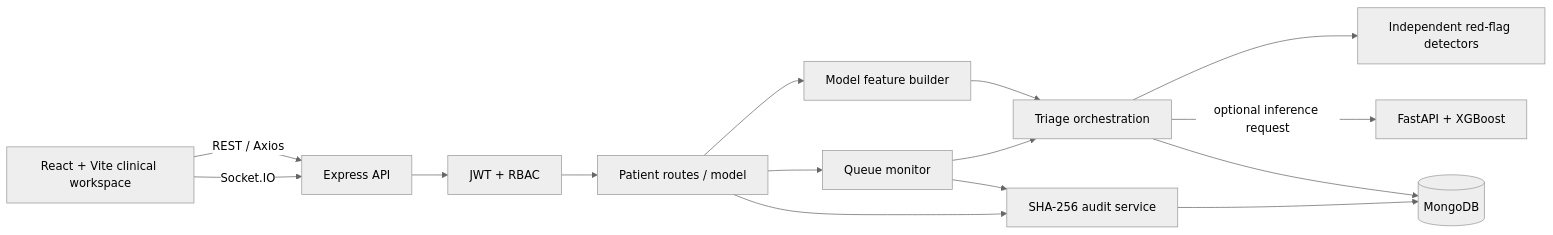
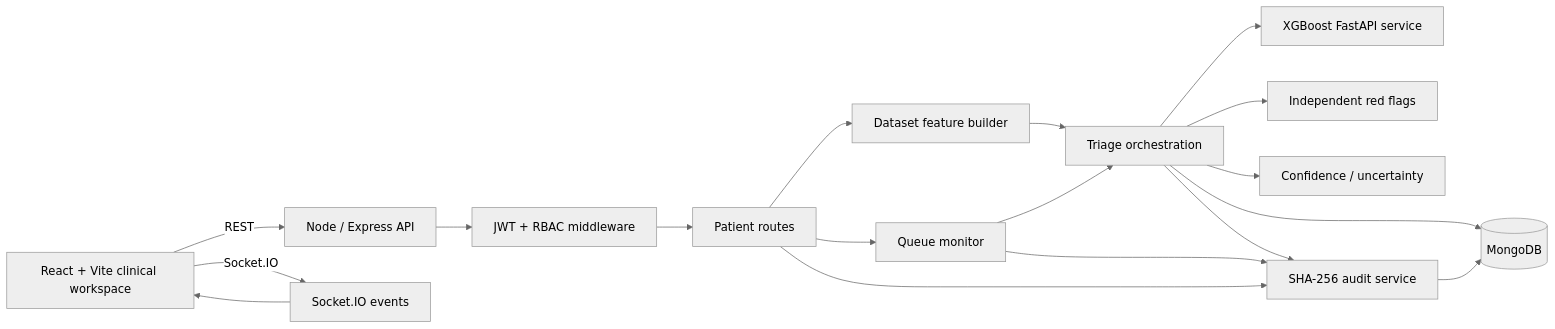
The diagram in docs/ARCHITECTURE.md (Sakshya2504/SpaceCoders), drawn with Mermaid (neutral theme) before and after one commit. The commit also changed other lines of this file, not shown here.

Commit message:
docs: finalize system architecture documentation

````diff
--- a/docs/ARCHITECTURE.md
+++ b/docs/ARCHITECTURE.md
@@ -9,29 +17,34 @@
 ```mermaid
 flowchart LR
-    UI[React + Vite clinical workspace]
-    API[Express API]
-    AUTH[JWT + RBAC]
-    PAT[Patient routes / model]
-    FEATURE[Model feature builder]
+    Browser[React + Vite clinical workspace]
+    API[Node / Express API]
+    AUTH[JWT + RBAC middleware]
+    PAT[Patient routes]
     TRIAGE[Triage orchestration]
-    FLAGS[Independent red-flag detectors]
+    FEATURES[Dataset feature builder]
+    FLAGS[Independent red flags]
+    CONF[Confidence / uncertainty]
+    ML[XGBoost FastAPI service]
     QUEUE[Queue monitor]
+    ALERTS[Socket.IO events]
     AUDIT[SHA-256 audit service]
     DB[(MongoDB)]
-    ML[FastAPI + XGBoost]
 
-    UI -->|REST / Axios| API
-    UI -->|Socket.IO| API
+    Browser -->|REST| API
+    Browser -->|Socket.IO| ALERTS
     API --> AUTH
     AUTH --> PAT
-    PAT --> FEATURE
-    FEATURE --> TRIAGE
+    PAT --> FEATURES
+    FEATURES --> TRIAGE
+    TRIAGE --> ML
     TRIAGE --> FLAGS
-    TRIAGE -->|optional inference request| ML
+    TRIAGE --> CONF
     TRIAGE --> DB
     PAT --> QUEUE
     QUEUE --> TRIAGE
     PAT --> AUDIT
     QUEUE --> AUDIT
+    TRIAGE --> AUDIT
     AUDIT --> DB
+    ALERTS --> Browser
 ```
````
